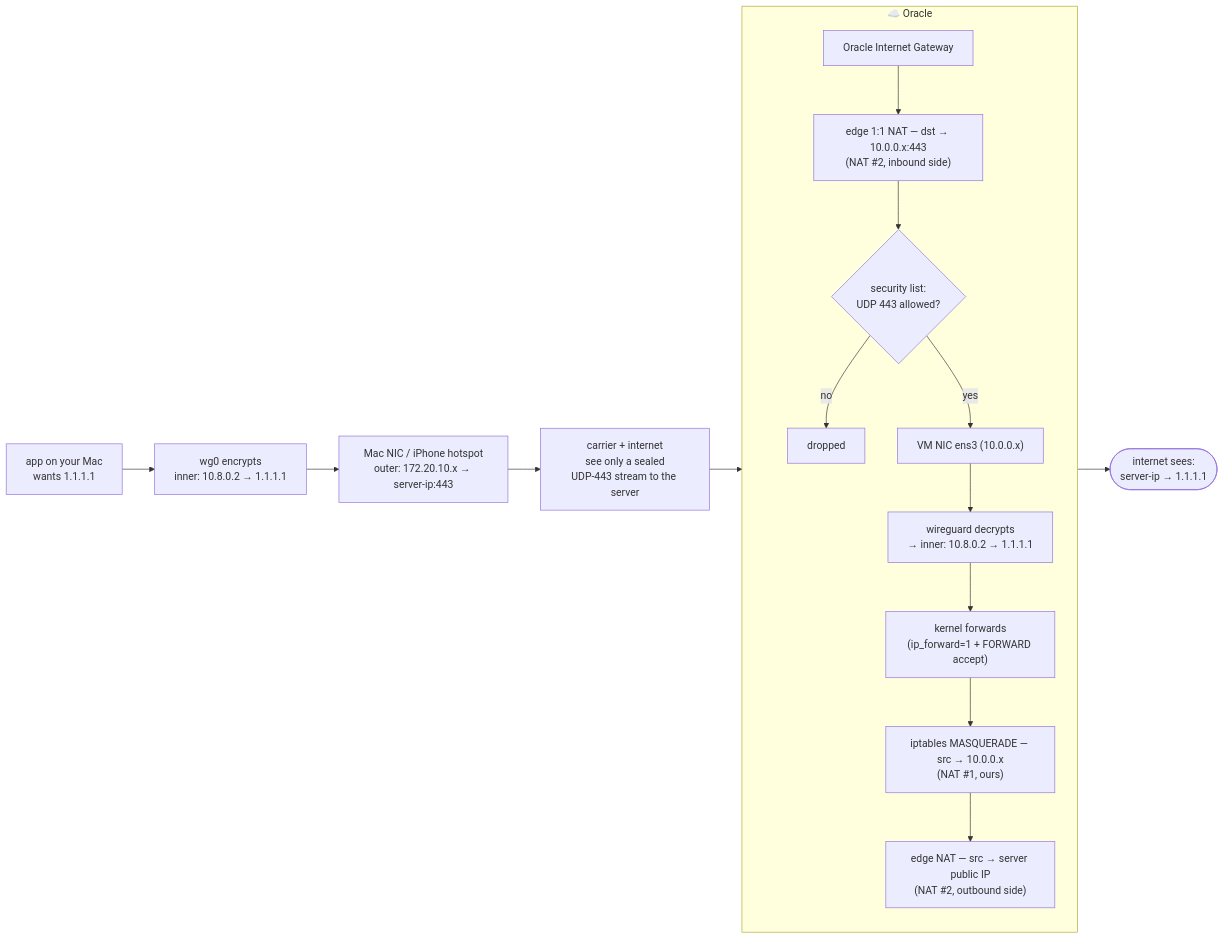
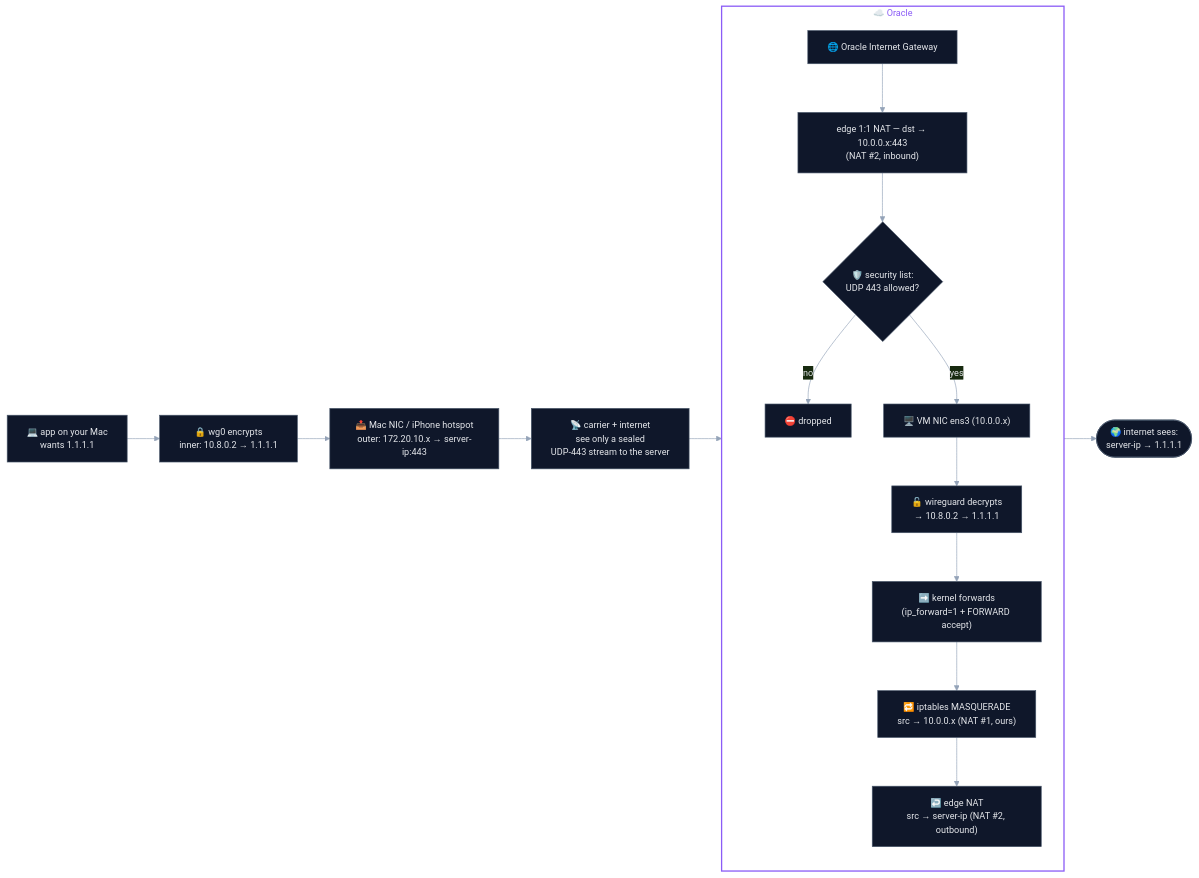
One commit to codereyinish/ColdVPN changed the first of 2 diagrams in client/ARCHITECTURE.md. Above: the diagram before and after it, drawn with Mermaid. The commit also changed other lines of this file and 1 other file, not shown here.

Commit message:
Diagrams: symbols + readable theme on packet flow; add return-path diagram; true VCN⊃subnet⊃VM⊃ens3 nesting

````diff
--- a/client/ARCHITECTURE.md
+++ b/client/ARCHITECTURE.md
@@ -37,20 +39,23 @@
 ```mermaid
+%%{init: {'theme':'base','themeVariables':{'primaryColor':'#0f172a','primaryTextColor':'#e5e7eb','primaryBorderColor':'#475569','lineColor':'#94a3b8','fontSize':'14px'}}}%%
 flowchart LR
-    App["app on your Mac<br/>wants 1.1.1.1"] --> WG["wg0 encrypts<br/>inner: 10.8.0.2 → 1.1.1.1"]
-    WG --> NIC["Mac NIC / iPhone hotspot<br/>outer: 172.20.10.x → server-ip:443"]
-    NIC --> ATT["carrier + internet<br/>see only a sealed<br/>UDP-443 stream to the server"]
-    ATT --> IGW["Oracle Internet Gateway"]
+    App["💻 app on your Mac<br/>wants 1.1.1.1"] --> WG["🔒 wg0 encrypts<br/>inner: 10.8.0.2 → 1.1.1.1"]
+    WG --> NIC["📤 Mac NIC / iPhone hotspot<br/>outer: 172.20.10.x → server-ip:443"]
+    NIC --> ATT["📡 carrier + internet<br/>see only a sealed<br/>UDP-443 stream to the server"]
+    ATT --> IGW["🌐 Oracle Internet Gateway"]
 
     subgraph ORACLE["☁️ Oracle"]
         direction TB
-        IGW --> E1["edge 1:1 NAT — dst → 10.0.0.x:443<br/>(NAT #2, inbound side)"]
-        E1 --> ING{"security list:<br/>UDP 443 allowed?"}
-        ING -->|"no"| DROP["dropped"]
-        ING -->|"yes"| ENS3["VM NIC ens3 (10.0.0.x)"]
-        ENS3 --> DEC["wireguard decrypts<br/>→ inner: 10.8.0.2 → 1.1.1.1"]
-        DEC --> FWD["kernel forwards<br/>(ip_forward=1 + FORWARD accept)"]
-        FWD --> N1["iptables MASQUERADE — src → 10.0.0.x<br/>(NAT #1, ours)"]
-        N1 --> E2["edge NAT — src → server public IP<br/>(NAT #2, outbound side)"]
+        IGW --> E1["edge 1:1 NAT — dst → 10.0.0.x:443<br/>(NAT #2, inbound)"]
+        E1 --> ING{"🛡️ security list:<br/>UDP 443 allowed?"}
+        ING -->|"no"| DROP["⛔ dropped"]
+        ING -->|"yes"| ENS3["🖥️ VM NIC ens3 (10.0.0.x)"]
+        ENS3 --> DEC["🔓 wireguard decrypts<br/>→ 10.8.0.2 → 1.1.1.1"]
+        DEC --> FWD["➡️ kernel forwards<br/>(ip_forward=1 + FORWARD accept)"]
+        FWD --> N1["🔁 iptables MASQUERADE<br/>src → 10.0.0.x (NAT #1, ours)"]
+        N1 --> E2["↩️ edge NAT<br/>src → server-ip (NAT #2, outbound)"]
     end
-    E2 --> NET(["internet sees:<br/>server-ip → 1.1.1.1"])
+    E2 --> NET(["🌍 internet sees:<br/>server-ip → 1.1.1.1"])
+
+    style ORACLE fill:none,stroke:#8b5cf6,stroke-width:2px,color:#8b5cf6
 ```
````
